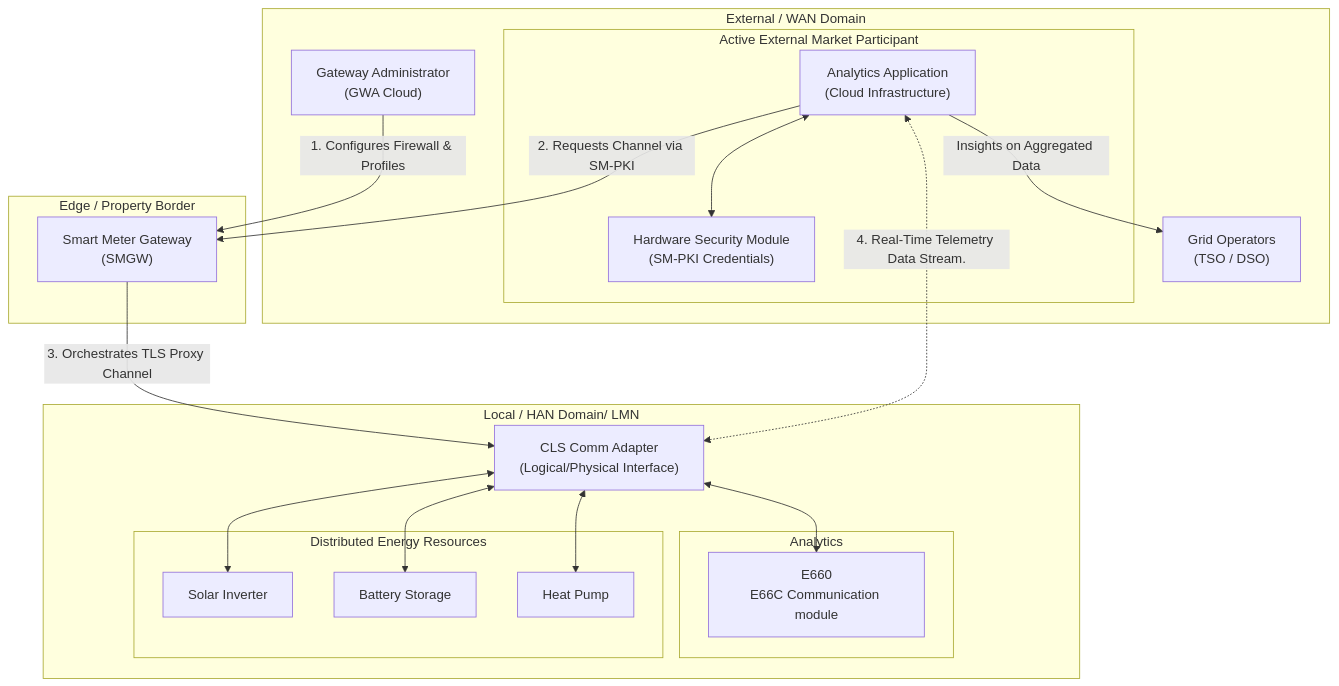
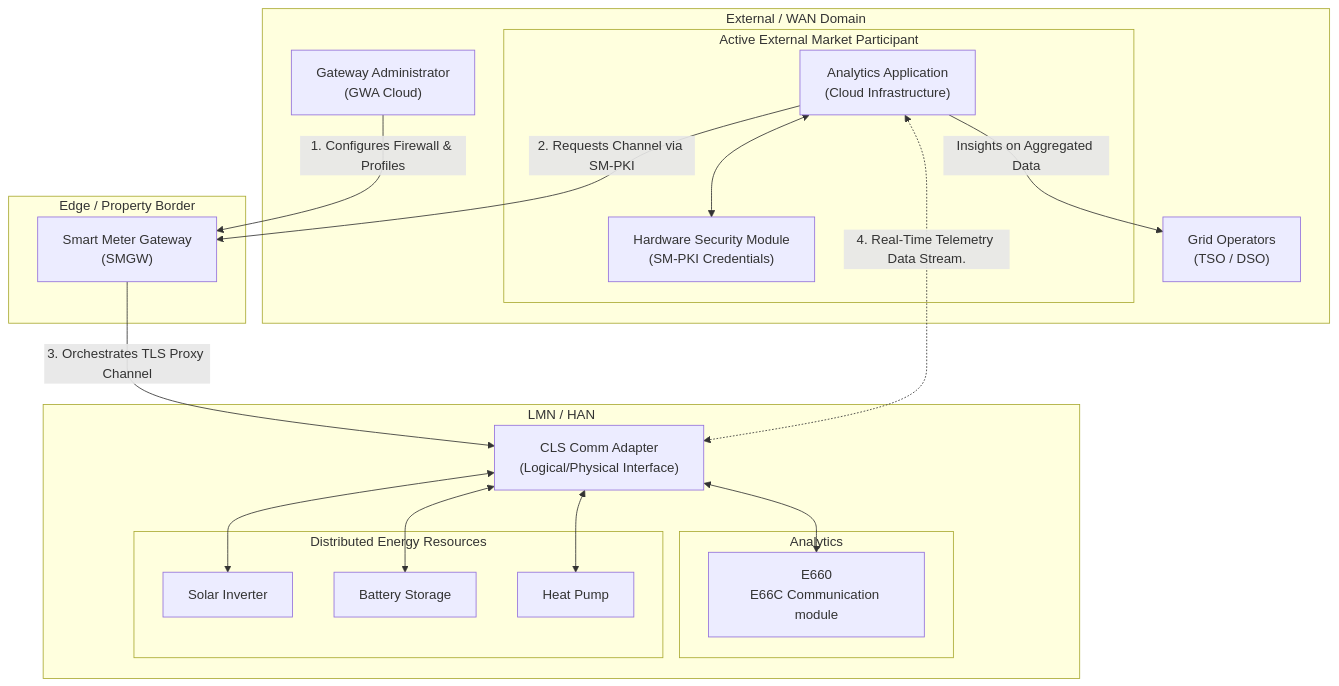
One commit to sbhrwl/microservices changed the diagram in CLS.md. Above: the diagram before and after it, drawn with Mermaid.

````diff
--- a/CLS.md
+++ b/CLS.md
@@ -2,47 +2,47 @@
 ```mermaid
 graph TD
     %% External / WAN Domain
     subgraph WAN [External / WAN Domain]
         subgraph EMT [Active External Market Participant]
             App["Analytics Application<br/>(Cloud Infrastructure)"]
             HSM["Hardware Security Module<br/>(SM-PKI Credentials)"]
             App <--> HSM
         end
         
         GWA["Gateway Administrator<br/>(GWA Cloud)"]
         Operators["Grid Operators<br/>(TSO / DSO)"]
         
         App -->|Insights on Aggregated Data| Operators
     end
 
     %% Edge Border
     subgraph Edge [Edge / Property Border]
         SMGW["Smart Meter Gateway<br/>(SMGW)"]
     end
 
     %% Local / HAN Domain
-    subgraph HAN [Local / HAN Domain/ LMN]
+    subgraph HAN [LMN / HAN ]
         CLS["CLS Comm Adapter<br/>(Logical/Physical Interface)"]
 
         subgraph E660 [Analytics]
             E66C["E660\nE66C Communication module"]
         end
         
         subgraph DER [Distributed Energy Resources]
             Inverter["Solar Inverter"]
             Battery["Battery Storage"]
             HP["Heat Pump"]
         end
         
         CLS <--> Inverter
         CLS <--> Battery
         CLS <--> HP
         CLS <--> E66C
     end
 
     %% Operational Orchestration and Data Flow
     GWA -->|1. Configures Firewall & Profiles| SMGW
     App -->|2. Requests Channel via SM-PKI| SMGW
     SMGW -->|3. Orchestrates TLS Proxy Channel| CLS
     App <.->|4. Real-Time Telemetry Data Stream.| CLS
 ```
````
